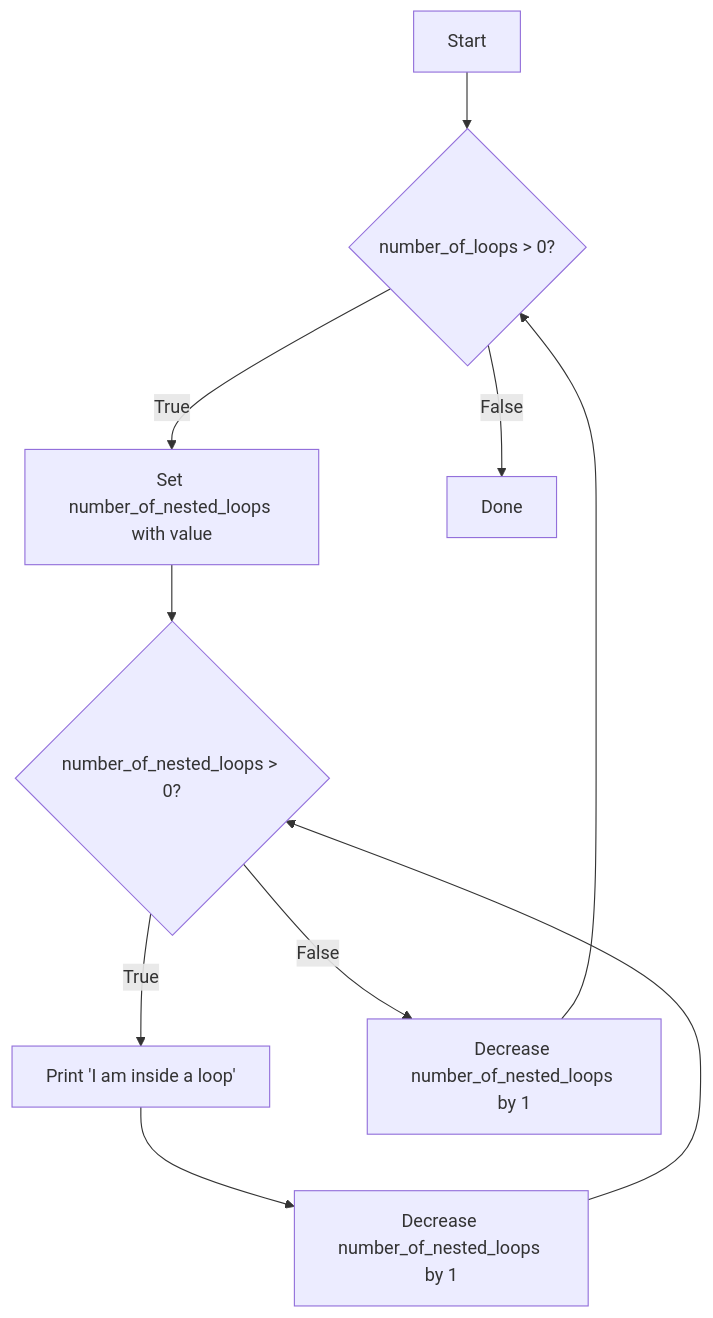
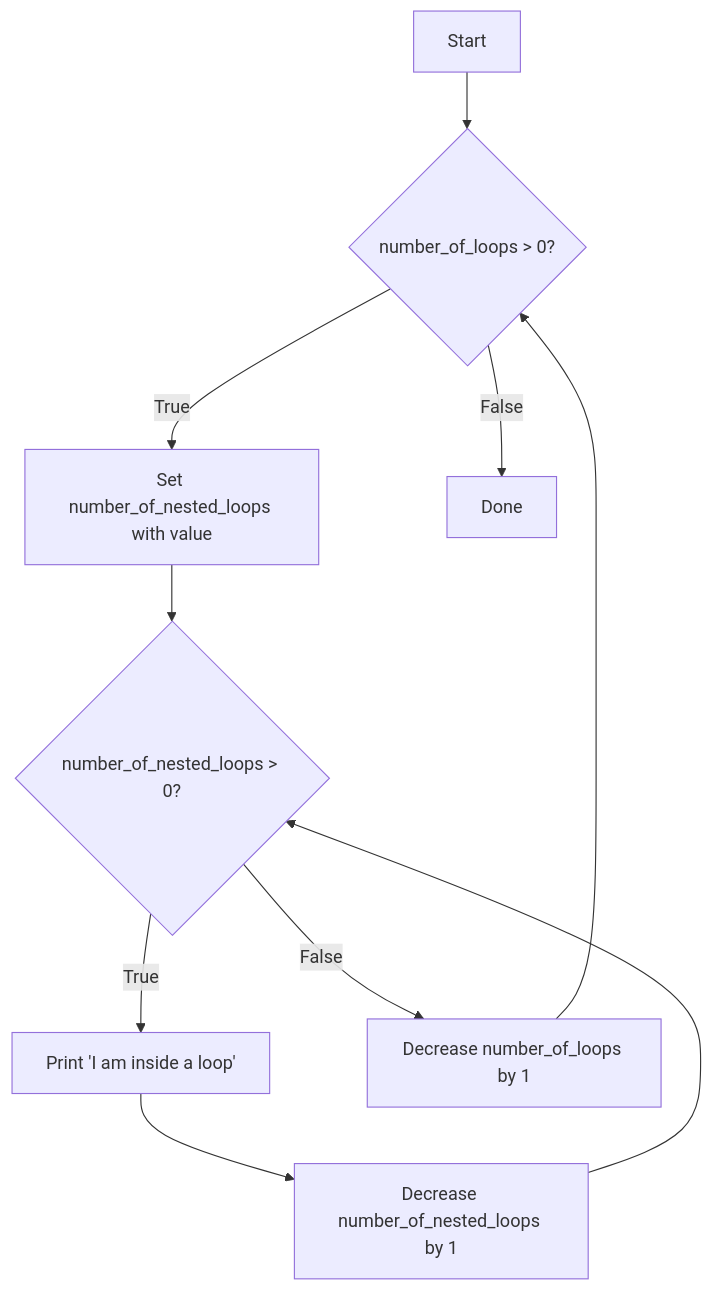
One commit to rahmanda/ayongulik changed the third of 3 diagrams in courses/level-0/algoritma-menggunakan-python/6-looping-dan-debugging.md. Above: the diagram before and after it, drawn with Mermaid.

Commit message:
docs(algoritma): fix some diagram

````diff
--- a/courses/level-0/algoritma-menggunakan-python/6-looping-dan-debugging.md
+++ b/courses/level-0/algoritma-menggunakan-python/6-looping-dan-debugging.md
@@ -123,12 +123,12 @@
 ```mermaid
 flowchart TD
     A[Start] --> B{number_of_loops > 0?}
     B -- True --> C[Set number_of_nested_loops with value]
     C --> D{number_of_nested_loops > 0?}
     D -- True --> E[Print 'I am inside a loop']
     E --> F[Decrease number_of_nested_loops by 1]
     F --> D
-    D -- False --> G[Decrease number_of_nested_loops by 1]
+    D -- False --> G[Decrease number_of_loops by 1]
     G --> B
     B -- False --> H[Done]
 ```
````
